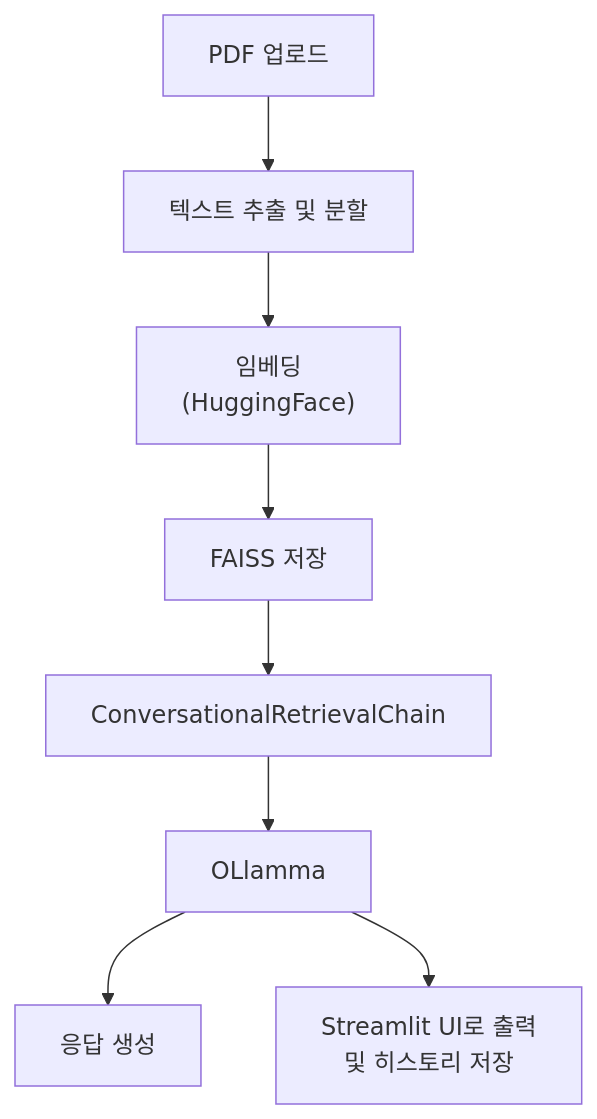
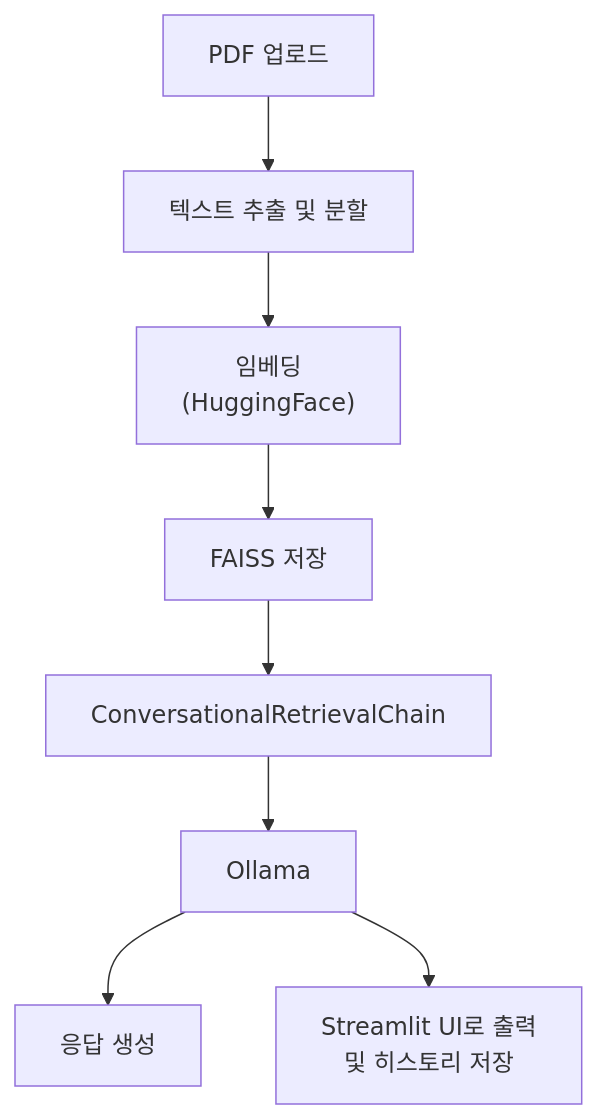
Before and after one commit to jeongminia/datadrift_dataclinic: the diagram in temp/pdf_chat/README.md, drawn with Mermaid. The commit also changed other lines of this file and 2 other files, not shown here.

````diff
--- a/temp/pdf_chat/README.md
+++ b/temp/pdf_chat/README.md
@@ -5,11 +5,11 @@
 ```mermaid
 graph TD
     A["PDF 업로드"] --> B["텍스트 추출 및 분할"]
     B --> C["임베딩<br>(HuggingFace)"]
     C --> D["FAISS 저장"]
     D --> E["ConversationalRetrievalChain"]
-    E --> F["OLlamma"]
+    E --> F["Ollama"]
     F --> H["응답 생성"]
     F --> G["Streamlit UI로 출력 <br> 및 히스토리 저장"]
 
 ```
````
